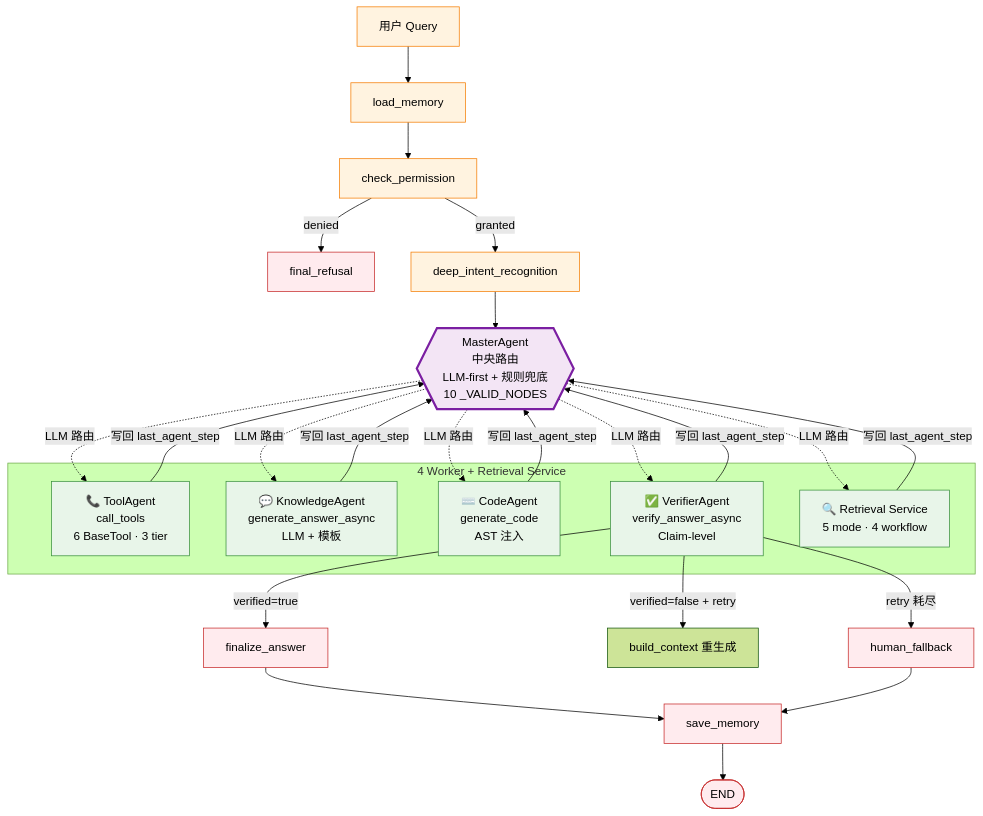
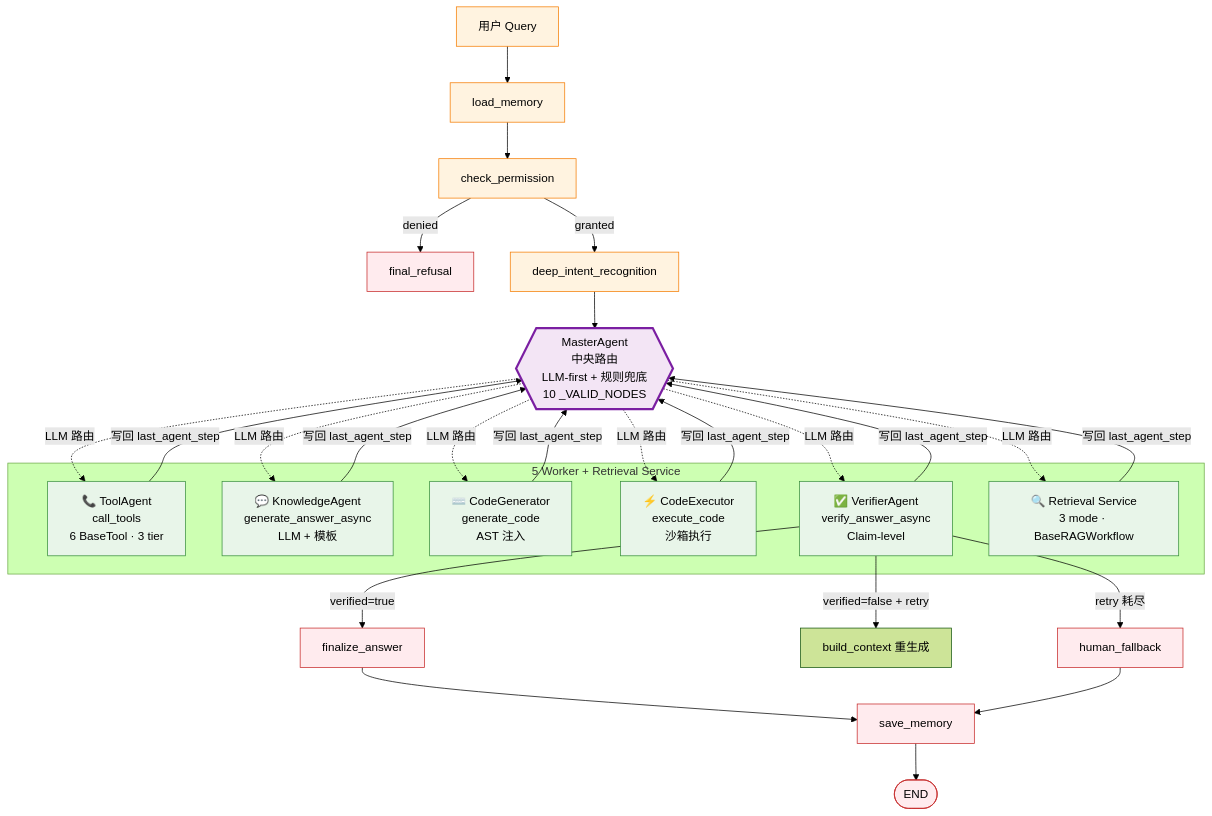
Before and after one commit to jackone666/enterprise_agentic_rag: the second of 4 diagrams in technical_deep_dive/主题/02-Agent设计.md, drawn with Mermaid (forest theme). The commit also changed other lines of this file and 13 other files, not shown here.

````diff
--- a/technical_deep_dive/主题/02-Agent设计.md
+++ b/technical_deep_dive/主题/02-Agent设计.md
@@ -450,42 +452,44 @@
 ```mermaid
 graph TB
     USER[用户 Query] --> LM[load_memory]
     LM --> CP[check_permission]
     CP -->|denied| FR[final_refusal]
     CP -->|granted| DI[deep_intent_recognition]
 
     DI --> MA{{MasterAgent<br/>中央路由<br/>LLM-first + 规则兜底<br/>10 _VALID_NODES}}
 
     MA -.LLM 路由.-> TA
     MA -.LLM 路由.-> KA
-    MA -.LLM 路由.-> CA
+    MA -.LLM 路由.-> CG
+    MA -.LLM 路由.-> CE
     MA -.LLM 路由.-> VA
     MA -.LLM 路由.-> RS
 
-    subgraph Workers[4 Worker + Retrieval Service]
+    subgraph Workers[5 Worker + Retrieval Service]
         TA[📞 ToolAgent<br/>call_tools<br/>6 BaseTool · 3 tier]
         KA[💬 KnowledgeAgent<br/>generate_answer_async<br/>LLM + 模板]
-        CA[⌨️ CodeAgent<br/>generate_code<br/>AST 注入]
+        CG[⌨️ CodeGenerator<br/>generate_code<br/>AST 注入]
+        CE[⚡ CodeExecutor<br/>execute_code<br/>沙箱执行]
         VA[✅ VerifierAgent<br/>verify_answer_async<br/>Claim-level]
-        RS[🔍 Retrieval Service<br/>5 mode · 4 workflow]
+        RS[🔍 Retrieval Service<br/>3 mode · BaseRAGWorkflow]
     end
 
-    TA & RS & KA & CA & VA -->|写回 last_agent_step| MA
+    TA & RS & KA & CG & CE & VA -->|写回 last_agent_step| MA
 
     VA -->|verified=true| FA[finalize_answer]
     VA -->|verified=false + retry| BC[build_context 重生成]
     VA -->|retry 耗尽| HF[human_fallback]
 
     FA --> SM[save_memory]
     HF --> SM
     SM --> END([END])
 
     classDef master fill:#F3E5F5,stroke:#7B1FA2,stroke-width:3px
     classDef worker fill:#E8F5E9,stroke:#388E3C
     classDef entry fill:#FFF3E0,stroke:#F57C00
     classDef term fill:#FFEBEE,stroke:#C62828
     class LM,CP,DI,USER entry
     class MA master
-    class TA,KA,CA,VA,RS worker
+    class TA,KA,CG,CE,VA,RS worker
     class FA,HF,SM,END,FR term
 ```
````
